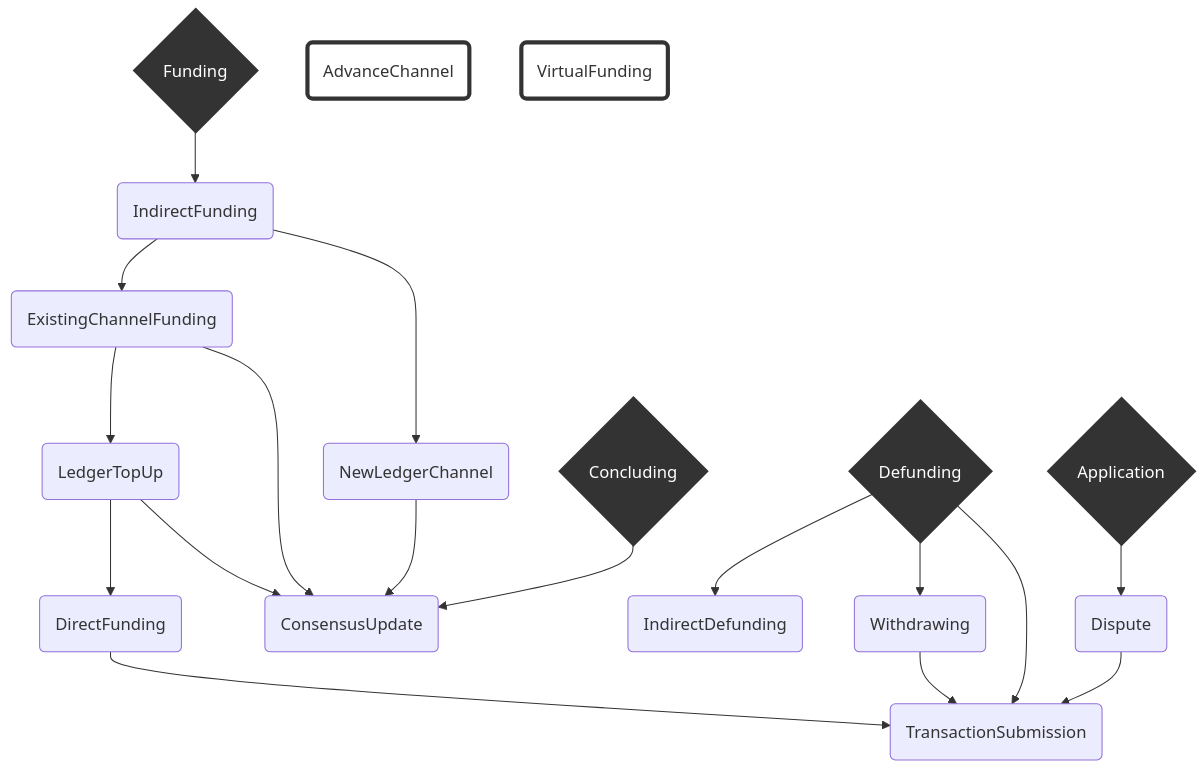
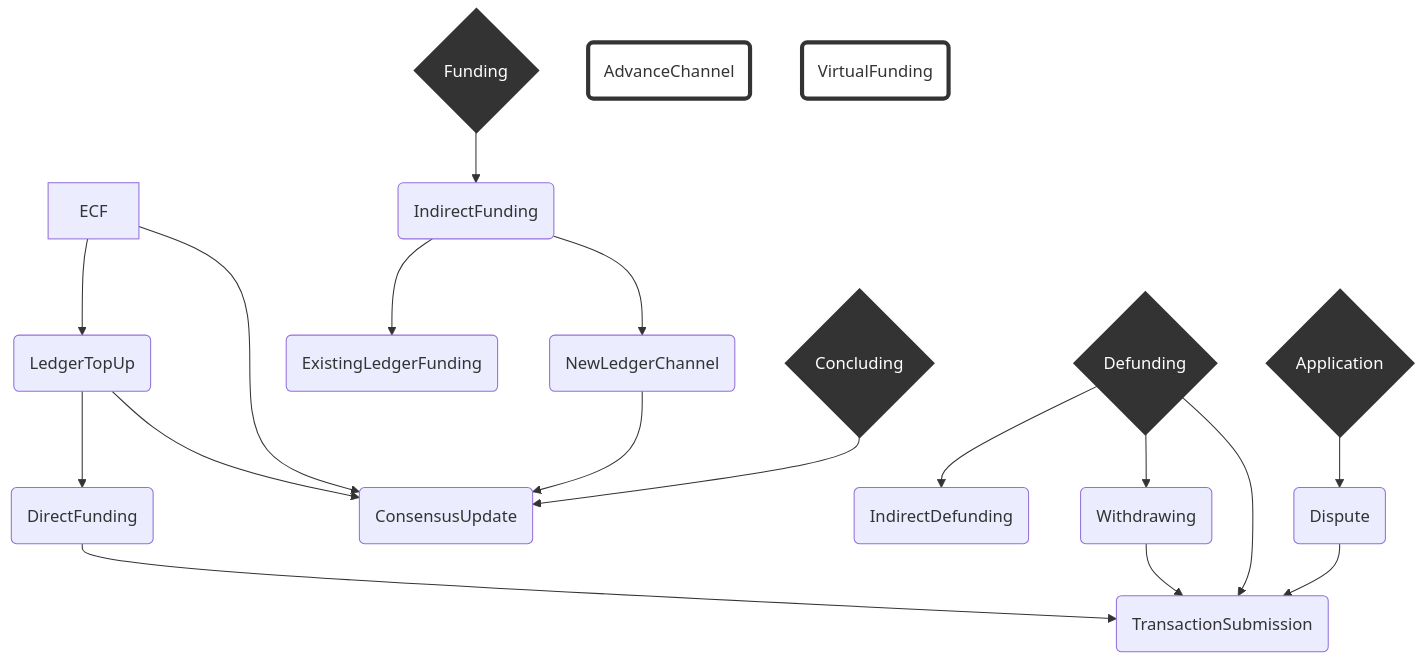
Before and after one commit to statechannels/statechannels: the diagram in packages/wallet/packages/wallet/notes/index.md, drawn with Mermaid. The commit also changed other lines of this file and 12 other files, not shown here.

First line of the commit message:
Merge pull request #573 from magmo/gk-existing-ledger-funding-ui

````diff
--- a/packages/wallet/packages/wallet/notes/index.md
+++ b/packages/wallet/packages/wallet/notes/index.md
@@ -31,46 +31,46 @@
 ```mermaid
 graph TD
   linkStyle default interpolate basis
 
     A{Application}--> D
     F{Funding}--> idF(IndirectFunding)
 
     D(Dispute)--> TS
 
 
     C{Concluding}-->CU(ConsensusUpdate)
 
-    idF -->  ECF(ExistingChannelFunding)
+    idF -->  ELF(ExistingLedgerFunding)
     idF --> NLC(NewLedgerChannel)
 
     NLC --> CU(ConsensusUpdate)
 
     ECF --> LTU(LedgerTopUp)
     ECF --> CU(ConsensusUpdate)
     LTU --> CU(ConsensusUpdate)
 
     Df{Defunding}-->idDf(IndirectDefunding)
     Df-->W(Withdrawing)
 
     Df-->TS(TransactionSubmission)
 
     W-->TS
 
     AC(AdvanceChannel)
 
     LTU-->DF(DirectFunding)
 
     DF-->TS
 
 
     VF(VirtualFunding)
 
     classDef TopLevelProtocol stroke:#333,stroke-width:4px,color:#ffff,fill:#333;
 
     classDef OrphanProtocol stroke:#333,stroke-width:4px,fill:#0000;
 
     class A,F,C,Df TopLevelProtocol
     class AC,PC,VF OrphanProtocol
 
 
 ```
````
